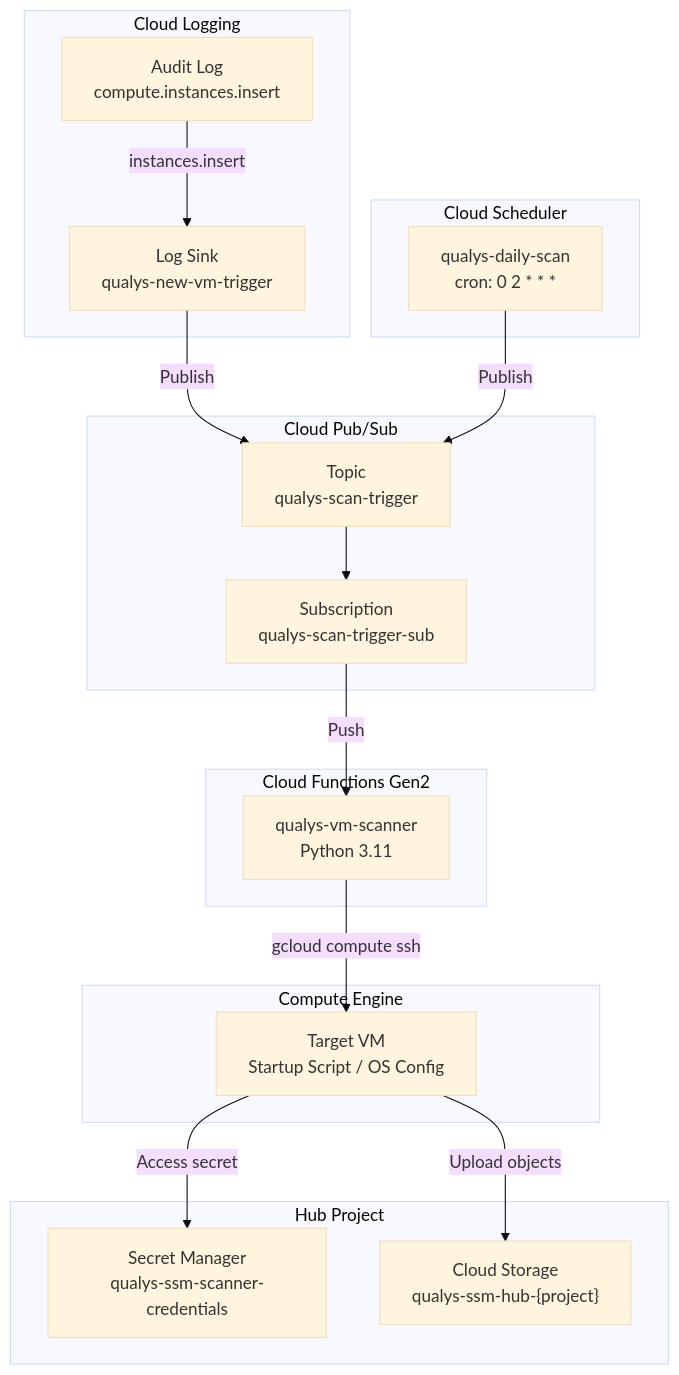
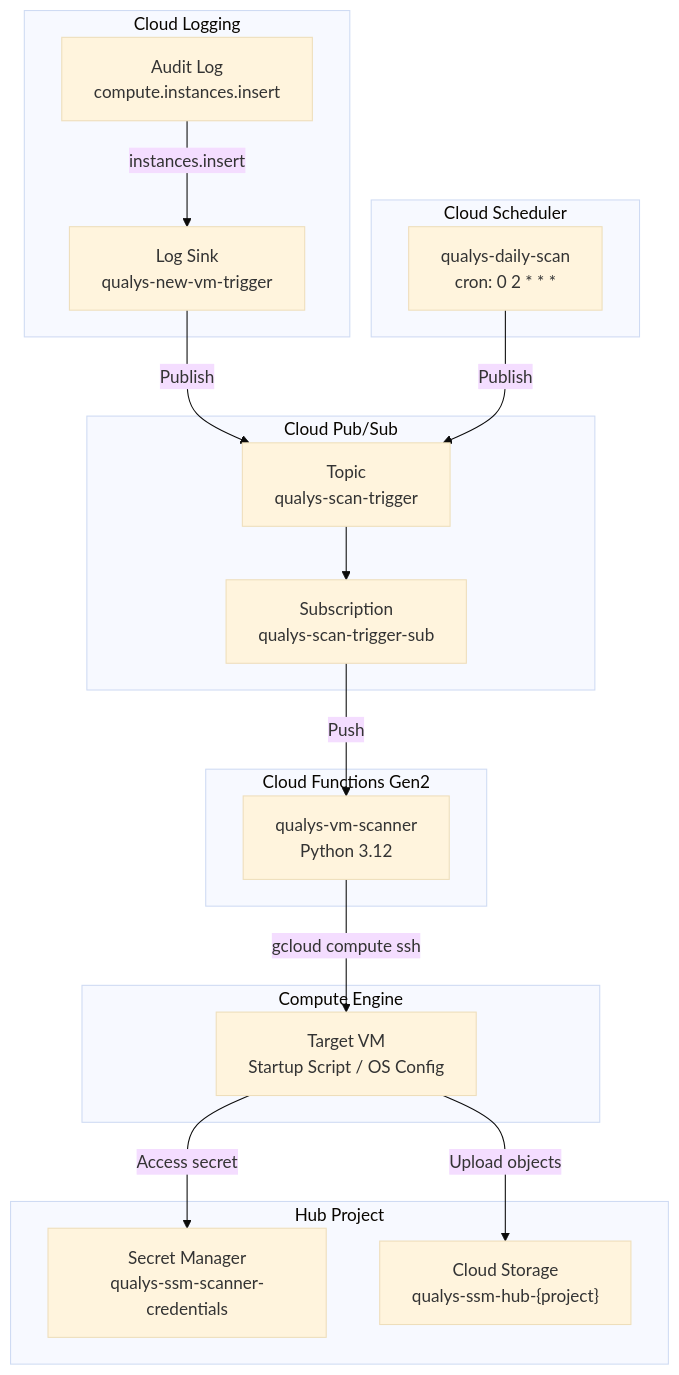
One commit to nelssec/qualys-ssm changed diagram 13 of 16 in docs/technical-blog.md. Above: the diagram before and after it, drawn with Mermaid (base theme). The commit also changed other lines of this file and 5 other files, not shown here.

````diff
--- a/docs/technical-blog.md
+++ b/docs/technical-blog.md
@@ -422,38 +422,38 @@
 ```mermaid
 flowchart TB
     subgraph Logging["Cloud Logging"]
         AuditLog["Audit Log<br/>compute.instances.insert"]
         Sink["Log Sink<br/>qualys-new-vm-trigger"]
     end
 
     subgraph Messaging["Cloud Pub/Sub"]
         Topic["Topic<br/>qualys-scan-trigger"]
         Subscription["Subscription<br/>qualys-scan-trigger-sub"]
     end
 
     subgraph Functions["Cloud Functions Gen2"]
-        Scanner["qualys-vm-scanner<br/>Python 3.11"]
+        Scanner["qualys-vm-scanner<br/>Python 3.12"]
     end
 
     subgraph Scheduler["Cloud Scheduler"]
         Job["qualys-daily-scan<br/>cron: 0 2 * * *"]
     end
 
     subgraph Compute["Compute Engine"]
         VM["Target VM<br/>Startup Script / OS Config"]
     end
 
     subgraph Hub["Hub Project"]
         SecretMgr["Secret Manager<br/>qualys-ssm-scanner-credentials"]
         GCS["Cloud Storage<br/>qualys-ssm-hub-{project}"]
     end
 
     AuditLog -->|"instances.insert"| Sink
     Sink -->|"Publish"| Topic
     Job -->|"Publish"| Topic
     Topic --> Subscription
     Subscription -->|"Push"| Scanner
     Scanner -->|"gcloud compute ssh"| VM
     VM -->|"Access secret"| SecretMgr
     VM -->|"Upload objects"| GCS
 ```
````
